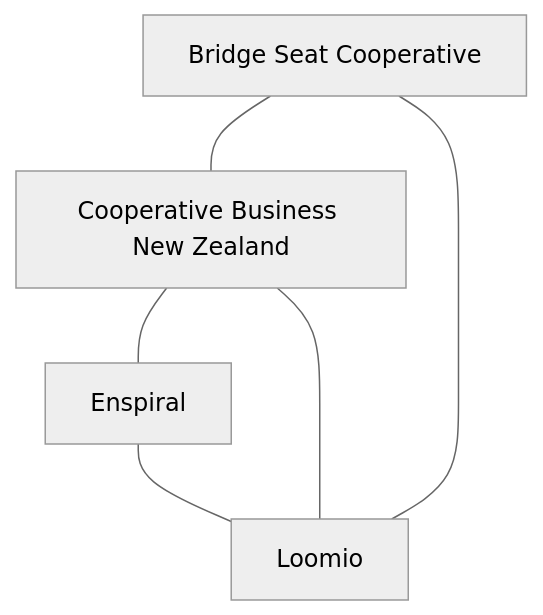
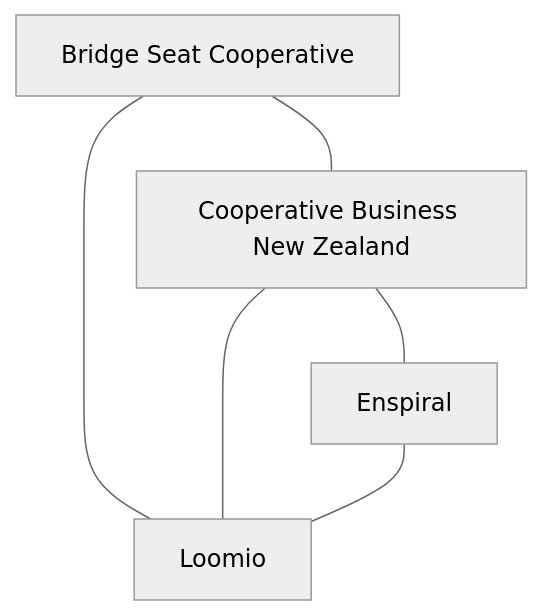
One commit to olitreadwell/nz-tech-for-good changed diagram 11 of 21 in GUIDE.md. Above: the diagram before and after it, drawn with Mermaid (neutral theme). The commit also changed other lines of this file and 1 other file, not shown here.

````diff
--- a/GUIDE.md
+++ b/GUIDE.md
@@ -263,12 +263,12 @@
 ```mermaid
 flowchart TD
     n_BridgeSeatCooperative["Bridge Seat Cooperative"]
     n_CooperativeBusinessNewZe["Cooperative Business New Zealand"]
     n_Enspiral["Enspiral"]
     n_Loomio["Loomio"]
-    n_Enspiral --- n_Loomio
-    n_CooperativeBusinessNewZe --- n_Loomio
-    n_CooperativeBusinessNewZe --- n_Enspiral
     n_BridgeSeatCooperative --- n_CooperativeBusinessNewZe
     n_BridgeSeatCooperative --- n_Loomio
+    n_CooperativeBusinessNewZe --- n_Enspiral
+    n_CooperativeBusinessNewZe --- n_Loomio
+    n_Enspiral --- n_Loomio
 ```
````
